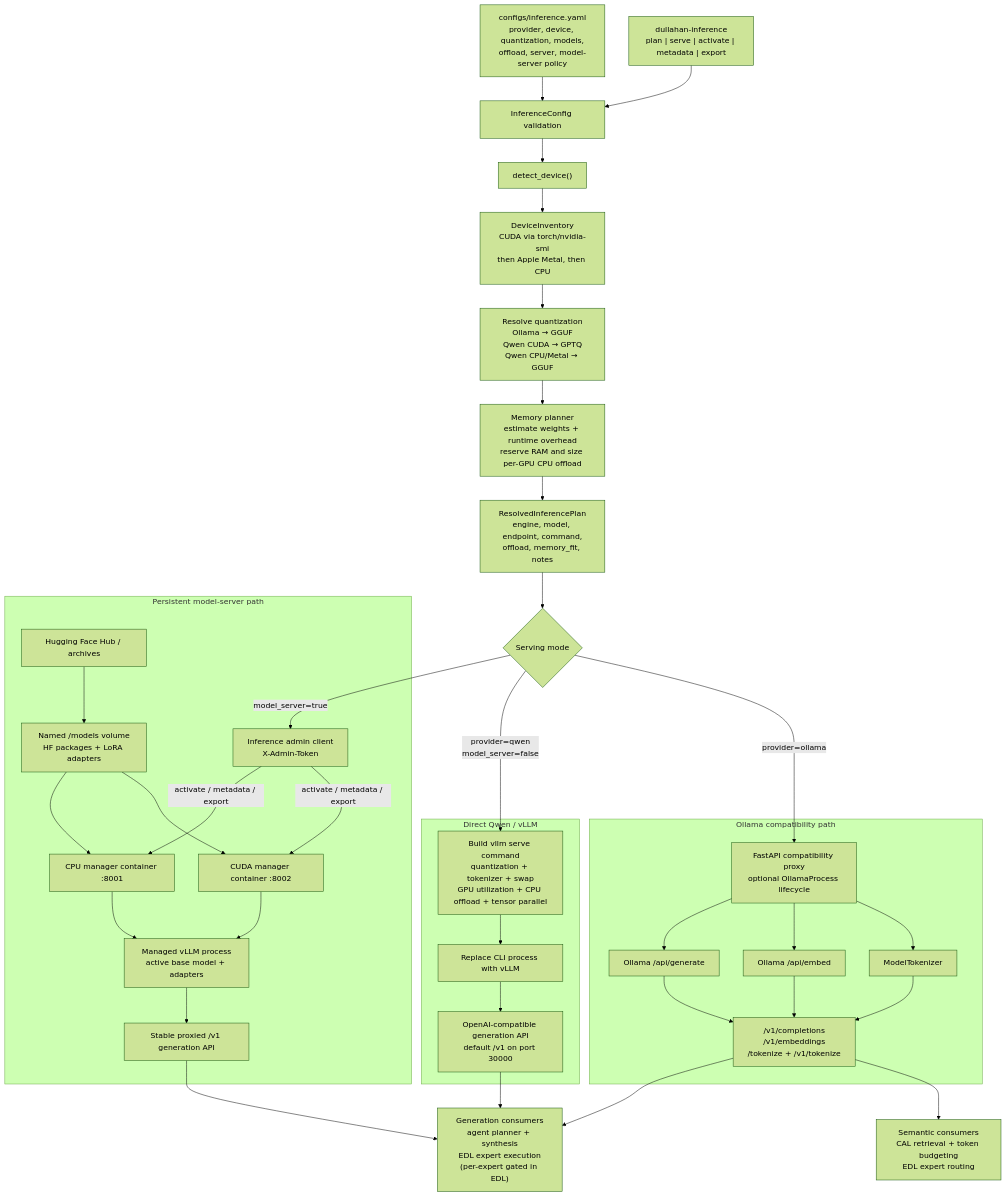
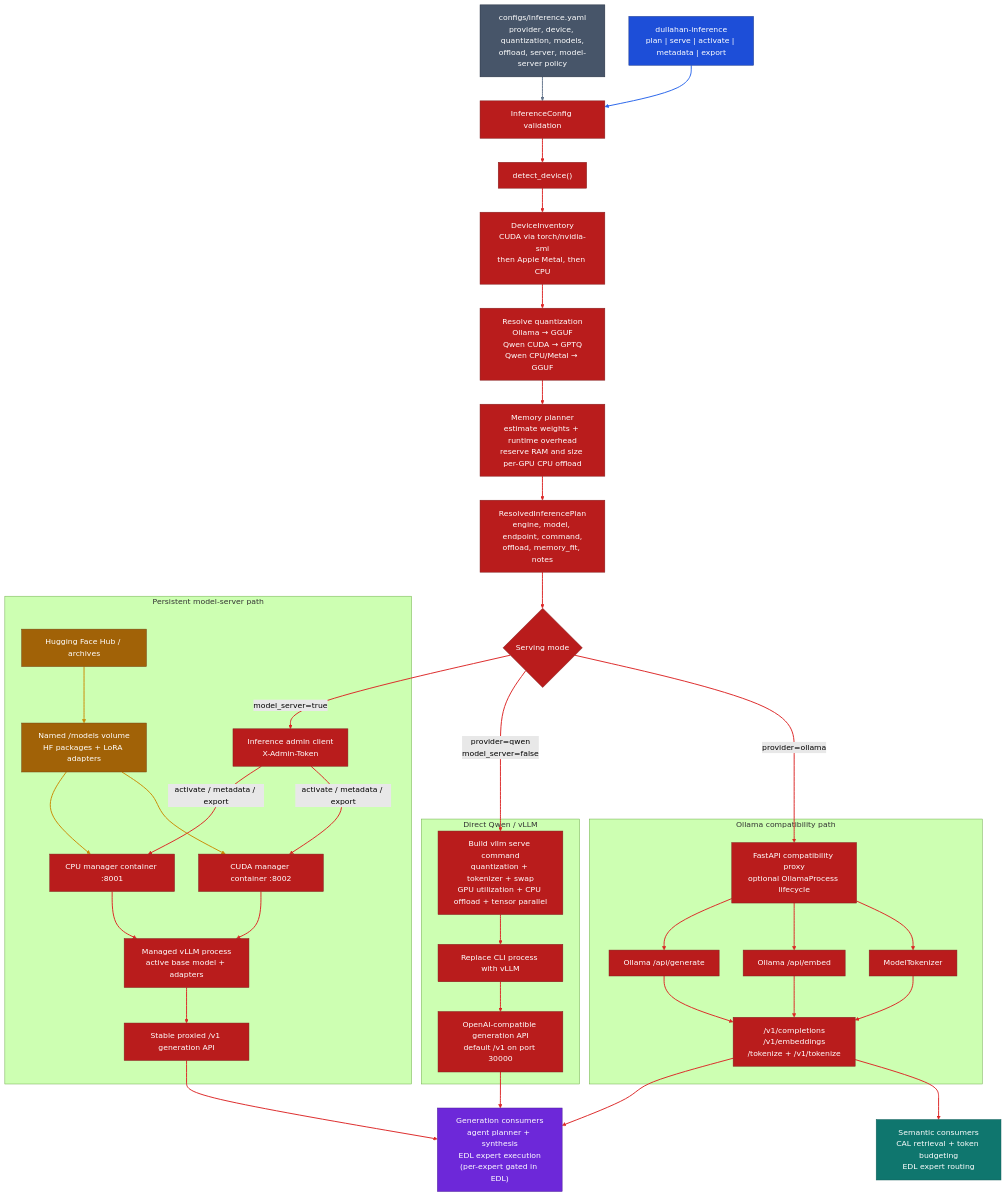
One commit to ForestDweller014/Dullahan changed the third of 4 diagrams in README.md. Above: the diagram before and after it, drawn with Mermaid (forest theme). The commit also changed other lines of this file, not shown here.

First line of the commit message:
docs: Color-code architecture diagrams

````diff
--- a/README.md
+++ b/README.md
@@ -138,61 +180,81 @@
 ```mermaid
 flowchart TB
     Config["configs/inference.yaml<br/>provider, device, quantization, models,<br/>offload, server, model-server policy"] --> Load["InferenceConfig validation"]
     Command["dullahan-inference<br/>plan | serve | activate | metadata | export"] --> Load
     Load --> Detect["detect_device()"]
     Detect --> Inventory["DeviceInventory<br/>CUDA via torch/nvidia-smi<br/>then Apple Metal, then CPU"]
     Inventory --> Quantize["Resolve quantization<br/>Ollama → GGUF<br/>Qwen CUDA → GPTQ<br/>Qwen CPU/Metal → GGUF"]
     Quantize --> Memory["Memory planner<br/>estimate weights + runtime overhead<br/>reserve RAM and size per-GPU CPU offload"]
     Memory --> Plan["ResolvedInferencePlan<br/>engine, model, endpoint, command,<br/>offload, memory_fit, notes"]
     Plan --> Fit{"Serving mode"}
 
     subgraph Direct["Direct Qwen / vLLM"]
         VllmCommand["Build vllm serve command<br/>quantization + tokenizer + swap<br/>GPU utilization + CPU offload + tensor parallel"]
         VllmProcess["Replace CLI process with vLLM"]
         VllmApi["OpenAI-compatible generation API<br/>default /v1 on port 30000"]
-        VllmCommand --> VllmProcess --> VllmApi
+        VllmCommand --> VllmProcess
+        VllmProcess --> VllmApi
     end
 
     subgraph OllamaPath["Ollama compatibility path"]
         OllamaApp["FastAPI compatibility proxy<br/>optional OllamaProcess lifecycle"]
         OllamaGenerate["Ollama /api/generate"]
         OllamaEmbed["Ollama /api/embed"]
         NativeTokenizer["ModelTokenizer"]
         OllamaApi["/v1/completions<br/>/v1/embeddings<br/>/tokenize + /v1/tokenize"]
         OllamaApp --> OllamaGenerate
         OllamaApp --> OllamaEmbed
         OllamaApp --> NativeTokenizer
         OllamaGenerate --> OllamaApi
         OllamaEmbed --> OllamaApi
         NativeTokenizer --> OllamaApi
     end
 
     subgraph Managed["Persistent model-server path"]
         AdminClient["Inference admin client<br/>X-Admin-Token"]
         CpuManager["CPU manager container :8001"]
         CudaManager["CUDA manager container :8002"]
         ModelStore["Named /models volume<br/>HF packages + LoRA adapters"]
         HfHub["Hugging Face Hub / archives"]
         ManagedVllm["Managed vLLM process<br/>active base model + adapters"]
         StableApi["Stable proxied /v1 generation API"]
         AdminClient -->|"activate / metadata / export"| CpuManager
         AdminClient -->|"activate / metadata / export"| CudaManager
         HfHub --> ModelStore
         ModelStore --> CpuManager
         ModelStore --> CudaManager
         CpuManager --> ManagedVllm
         CudaManager --> ManagedVllm
         ManagedVllm --> StableApi
     end
 
     Fit -->|"provider=qwen<br/>model_server=false"| VllmCommand
     Fit -->|"provider=ollama"| OllamaApp
     Fit -->|"model_server=true"| AdminClient
 
     GenerationConsumers["Generation consumers<br/>agent planner + synthesis<br/>EDL expert execution<br/>(per-expert gated in EDL)"]
     SemanticConsumers["Semantic consumers<br/>CAL retrieval + token budgeting<br/>EDL expert routing"]
     VllmApi --> GenerationConsumers
     StableApi --> GenerationConsumers
     OllamaApi --> GenerationConsumers
     OllamaApi --> SemanticConsumers
+
+    class Config foundationLayer
+    class Command integrationLayer
+    class Load,Detect,Inventory,Quantize,Memory,Plan,Fit,VllmCommand,VllmProcess,VllmApi,OllamaApp,OllamaGenerate,OllamaEmbed,NativeTokenizer,OllamaApi,AdminClient,CpuManager,CudaManager,ManagedVllm,StableApi inferenceLayer
+    class HfHub,ModelStore memoryLayer
+    class GenerationConsumers orchestration
+    class SemanticConsumers contextLayer
+
+    classDef orchestration fill:#6D28D9,stroke:#4C1D95,color:#FFFFFF
+    classDef contextLayer fill:#0F766E,stroke:#115E59,color:#FFFFFF
+    classDef inferenceLayer fill:#B91C1C,stroke:#7F1D1D,color:#FFFFFF
+    classDef memoryLayer fill:#A16207,stroke:#713F12,color:#FFFFFF
+    classDef integrationLayer fill:#1D4ED8,stroke:#1E3A8A,color:#FFFFFF
+    classDef foundationLayer fill:#475569,stroke:#1E293B,color:#FFFFFF
+
+    linkStyle 0 stroke:#64748B,stroke-width:2px
+    linkStyle 1 stroke:#2563EB,stroke-width:2px
+    linkStyle 2,3,4,5,6,7,8,9,10,11,12,13,14,15,16,17,21,22,23,24,25,26,27,28,29,30 stroke:#DC2626,stroke-width:2px
+    linkStyle 18,19,20 stroke:#CA8A04,stroke-width:2px
 ```
````
